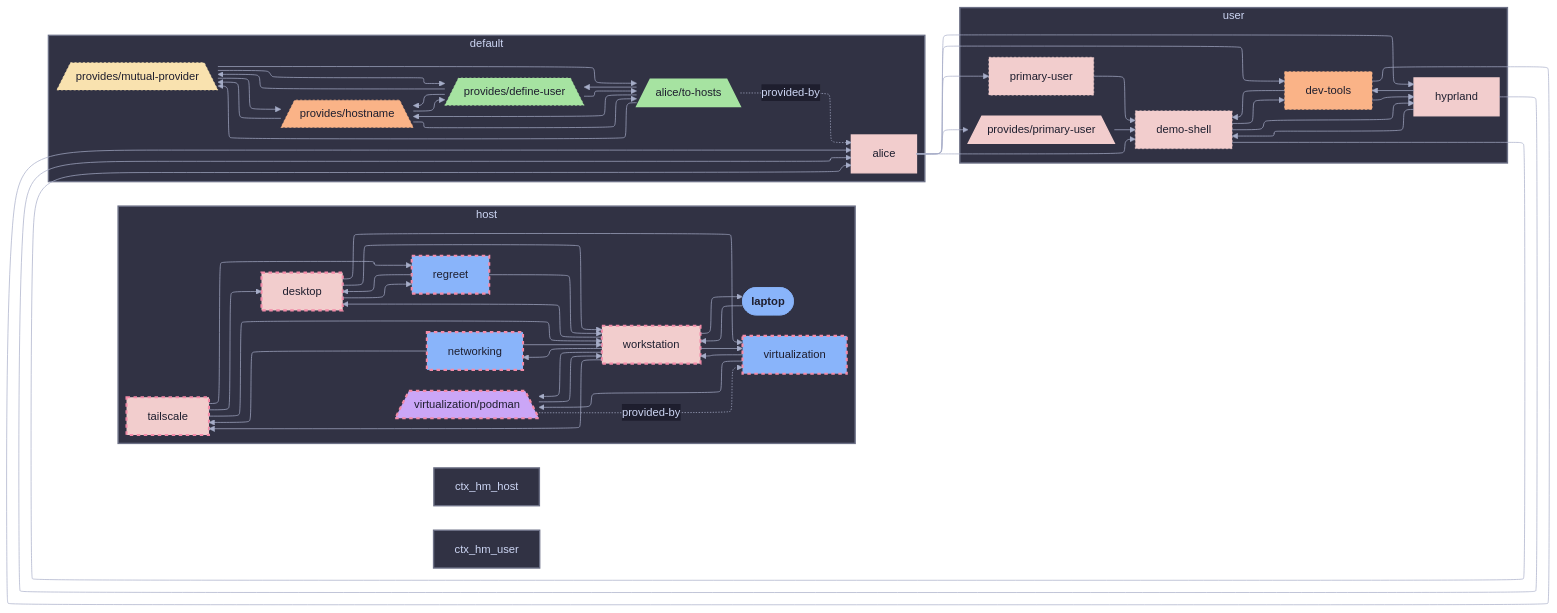
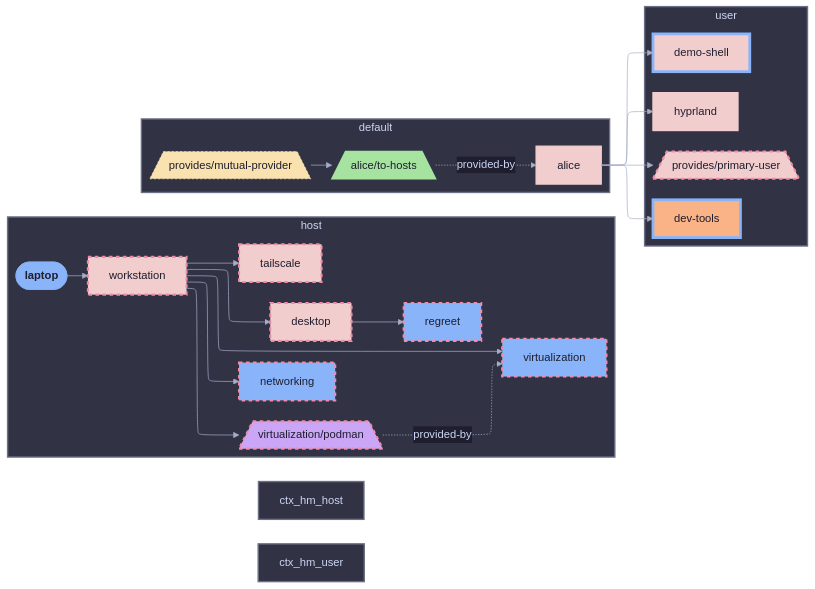
One commit to sini/den changed the diagram in templates/diag-fx-demo/diagrams/laptop-diff-classes.md. Above: the diagram before and after it, drawn with Mermaid. The commit also changed 849 other files, not shown here.

Commit message:
chore: update fx diagrams

```diff
--- a/templates/diag-fx-demo/diagrams/laptop-diff-classes.md
+++ b/templates/diag-fx-demo/diagrams/laptop-diff-classes.md
@@ -16,91 +16,49 @@
   virtualization["virtualization"]:::virtualization_c
   workstation["workstation"]:::workstation_c
   desktop --> regreet
-  desktop --> virtualization
-  desktop --> workstation
   laptop --> workstation
-  networking --> tailscale
-  networking --> workstation
-  regreet --> desktop
-  regreet --> workstation
-  tailscale --> desktop
-  tailscale --> regreet
-  tailscale --> workstation
-  virtualization --> virtualization__podman
-  virtualization --> workstation
   virtualization__podman -.->|provided-by| virtualization
-  virtualization__podman --> workstation
   workstation --> desktop
-  workstation --> laptop
   workstation --> networking
   workstation --> tailscale
   workstation --> virtualization
   workstation --> virtualization__podman
   end
   subgraph ctx_default["default"]
-  den__provides__define_user[/"provides/define-user"\]:::den__provides__define_user_c
-  den__provides__hostname[/"provides/hostname"\]:::den__provides__hostname_c
   den__provides__mutual_provider[/"provides/mutual-provider"\]:::den__provides__mutual_provider_c
   alice__to_hosts[/"alice/to-hosts"\]:::alice__to_hosts_c
   alice__to_hosts -.->|provided-by| alice
-  alice__to_hosts --> den__provides__define_user
-  alice__to_hosts --> den__provides__hostname
-  alice__to_hosts --> den__provides__mutual_provider
-  den__provides__define_user --> alice__to_hosts
-  den__provides__define_user --> den__provides__hostname
-  den__provides__define_user --> den__provides__mutual_provider
-  den__provides__hostname --> alice__to_hosts
-  den__provides__hostname --> den__provides__define_user
-  den__provides__hostname --> den__provides__mutual_provider
   den__provides__mutual_provider --> alice__to_hosts
-  den__provides__mutual_provider --> den__provides__define_user
-  den__provides__mutual_provider --> den__provides__hostname
   end
   subgraph ctx_user["user"]
   alice["alice"]:::alice_c
+  hyprland["hyprland"]:::hyprland_c
+  den__provides__primary_user[/"provides/primary-user"\]:::den__provides__primary_user_c
   demo_shell["demo-shell"]:::demo_shell_c
   dev_tools["dev-tools"]:::dev_tools_c
-  hyprland["hyprland"]:::hyprland_c
-  primary_user["primary-user"]:::primary_user_c
-  den__provides__primary_user[/"provides/primary-user"\]:::den__provides__primary_user_c
+  alice --> den__provides__primary_user
+  alice --> hyprland
   alice --> demo_shell
-  alice --> den__provides__primary_user
   alice --> dev_tools
-  alice --> hyprland
-  alice --> primary_user
-  demo_shell --> alice
-  demo_shell --> dev_tools
-  demo_shell --> hyprland
-  den__provides__primary_user --> demo_shell
-  dev_tools --> alice
-  dev_tools --> demo_shell
-  dev_tools --> hyprland
-  hyprland --> alice
-  hyprland --> demo_shell
-  hyprland --> dev_tools
-  primary_user --> demo_shell
   end
 
 
   classDef root fill:#89b4fa,stroke:#89b4fa,color:#1e1e2e,font-weight:bold
   classDef alice_c fill:#f2cdcd,stroke:#f2cdcd,color:#1e1e2e,stroke-width:2px
-  classDef den__provides__define_user_c fill:#a6e3a1,stroke:#a6e3a1,color:#1e1e2e,stroke-dasharray: 3 3,stroke-width:1px
-  classDef demo_shell_c fill:#f2cdcd,stroke:#f2cdcd,color:#1e1e2e,stroke-dasharray: 3 3,stroke-width:1px
   classDef desktop_c fill:#f2cdcd,stroke:#f38ba8,color:#1e1e2e,stroke-dasharray: 5 5,stroke-width:3px
-  classDef dev_tools_c fill:#fab387,stroke:#fab387,color:#1e1e2e,stroke-dasharray: 3 3,stroke-width:1px
-  classDef den__provides__hostname_c fill:#fab387,stroke:#fab387,color:#1e1e2e,stroke-dasharray: 3 3,stroke-width:1px
   classDef hyprland_c fill:#f2cdcd,stroke:#f2cdcd,color:#1e1e2e,stroke-width:2px
   classDef laptop_c fill:#89b4fa,stroke:#f38ba8,color:#1e1e2e,stroke-dasharray: 5 5,stroke-width:3px
   classDef den__provides__mutual_provider_c fill:#f9e2af,stroke:#f9e2af,color:#1e1e2e,stroke-dasharray: 3 3,stroke-width:1px
   classDef networking_c fill:#89b4fa,stroke:#f38ba8,color:#1e1e2e,stroke-dasharray: 5 5,stroke-width:3px
   classDef virtualization__podman_c fill:#cba6f7,stroke:#f38ba8,color:#1e1e2e,stroke-dasharray: 5 5,stroke-width:3px
-  classDef primary_user_c fill:#f2cdcd,stroke:#f2cdcd,color:#1e1e2e,stroke-dasharray: 3 3,stroke-width:1px
-  classDef den__provides__primary_user_c fill:#f2cdcd,stroke:#f2cdcd,color:#1e1e2e,stroke-width:2px
+  classDef den__provides__primary_user_c fill:#f2cdcd,stroke:#f38ba8,color:#1e1e2e,stroke-dasharray: 5 5,stroke-width:3px
   classDef regreet_c fill:#89b4fa,stroke:#f38ba8,color:#1e1e2e,stroke-dasharray: 5 5,stroke-width:3px
   classDef tailscale_c fill:#f2cdcd,stroke:#f38ba8,color:#1e1e2e,stroke-dasharray: 5 5,stroke-width:3px
   classDef alice__to_hosts_c fill:#a6e3a1,stroke:#a6e3a1,color:#1e1e2e,stroke-width:2px
   classDef virtualization_c fill:#89b4fa,stroke:#f38ba8,color:#1e1e2e,stroke-dasharray: 5 5,stroke-width:3px
   classDef workstation_c fill:#f2cdcd,stroke:#f38ba8,color:#1e1e2e,stroke-dasharray: 5 5,stroke-width:3px
+  classDef demo_shell_c fill:#f2cdcd,stroke:#89b4fa,color:#1e1e2e,stroke-width:4px
+  classDef dev_tools_c fill:#fab387,stroke:#89b4fa,color:#1e1e2e,stroke-width:4px
 style ctx_host fill:#313244,stroke:#6c7086,stroke-width:2px
 style ctx_default fill:#313244,stroke:#6c7086,stroke-width:2px
 style ctx_hm_host fill:#313244,stroke:#6c7086,stroke-width:2px
```
